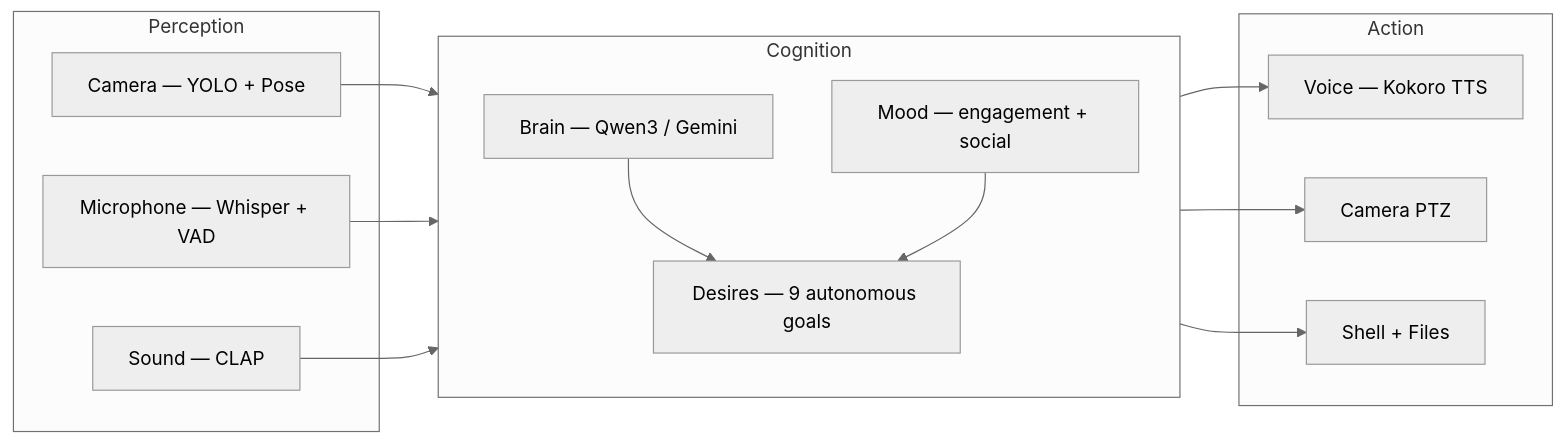
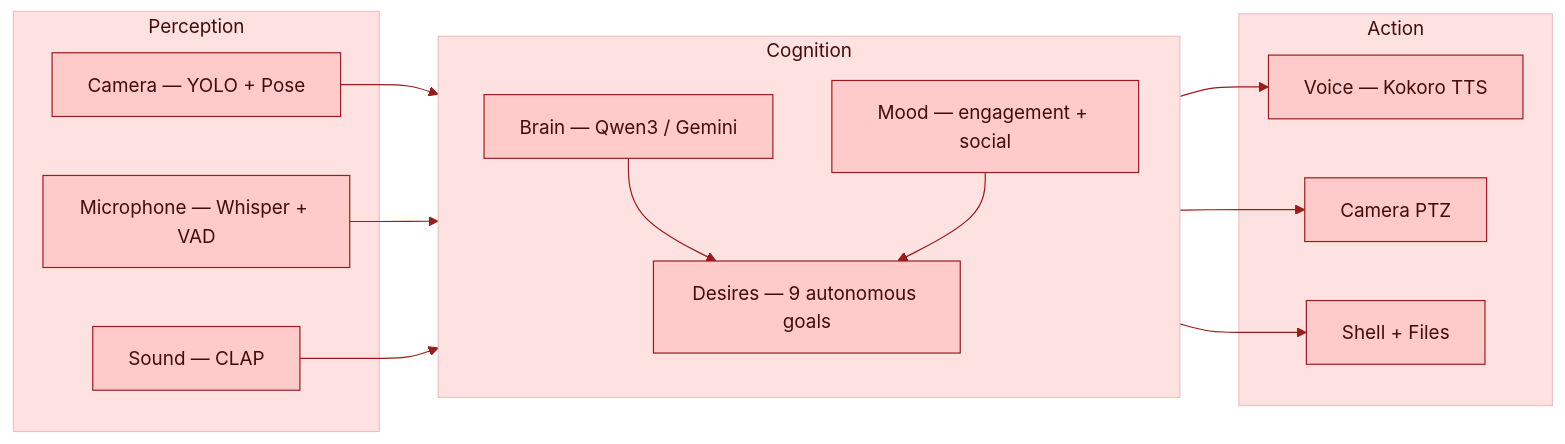
One commit to gabrielmaialva33/enton changed the first of 2 diagrams in README.md. Above: the diagram before and after it, drawn with Mermaid. The commit also changed other lines of this file and 1 other file, not shown here.

Commit message:
docs: WCAG accessible diagram colors, compress logo to 249KB
Mermaid theme: base with red/green terror palette meeting WCAG AA
contrast ratios. Logo resized from 2048x2048 (5.8MB) to 512x512 (249KB).

````diff
--- a/README.md
+++ b/README.md
@@ -36,31 +36,31 @@
 ```mermaid
-%%{init: {'theme': 'neutral'}}%%
+%%{init: {'theme': 'base', 'themeVariables': {'primaryColor': '#fecaca', 'primaryTextColor': '#450a0a', 'primaryBorderColor': '#991b1b', 'secondaryColor': '#bbf7d0', 'secondaryTextColor': '#052e16', 'secondaryBorderColor': '#166534', 'tertiaryColor': '#fee2e2', 'tertiaryTextColor': '#450a0a', 'lineColor': '#991b1b', 'textColor': '#1c1917'}}}%%
 flowchart LR
     subgraph Perception["Perception"]
         CAM[Camera — YOLO + Pose]
         MIC[Microphone — Whisper + VAD]
         SND[Sound — CLAP]
     end
 
     subgraph Cognition["Cognition"]
         direction TB
         BRAIN[Brain — Qwen3 / Gemini]
         DESIRE[Desires — 9 autonomous goals]
         MOOD[Mood — engagement + social]
         BRAIN --> DESIRE
         MOOD --> DESIRE
     end
 
     subgraph Action["Action"]
         VOICE[Voice — Kokoro TTS]
         PTZ[Camera PTZ]
         TOOLS[Shell + Files]
     end
 
     CAM --> Cognition
     MIC --> Cognition
     SND --> Cognition
     Cognition --> VOICE
     Cognition --> PTZ
     Cognition --> TOOLS
 ```
````
